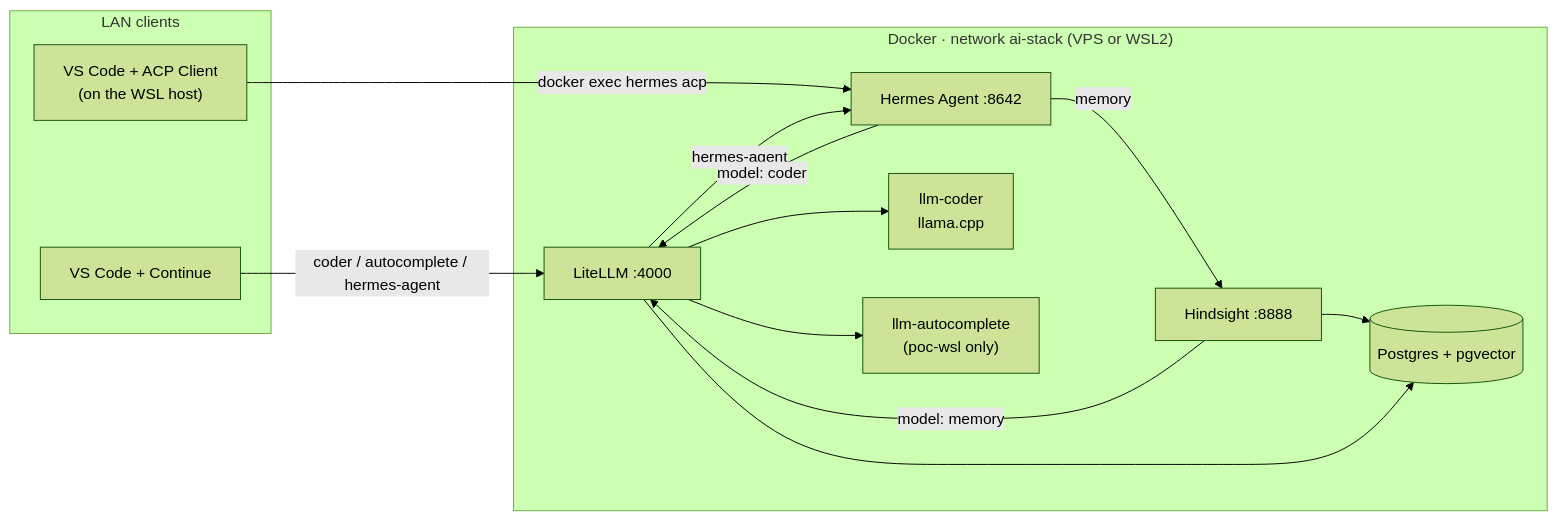
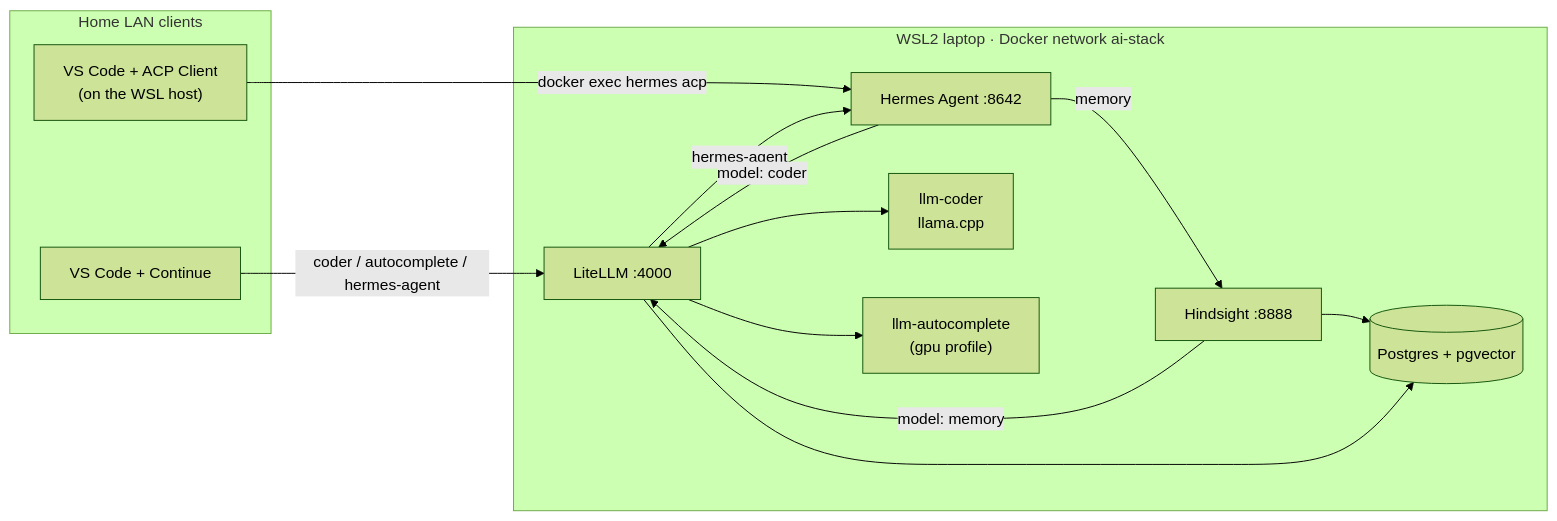
The diagram in README.md (wyhitomi/ai-stack), drawn with Mermaid (forest theme) before and after one commit. The commit also changed other lines of this file and 19 other files, not shown here.

First line of the commit message:
Single target: WSL2 laptop on the home LAN; drop all VPS configuration

````diff
--- a/README.md
+++ b/README.md
@@ -23,24 +22,24 @@
 ```mermaid
 flowchart LR
-  subgraph LAN["LAN clients"]
+  subgraph LAN["Home LAN clients"]
     VS["VS Code + Continue"]
     ACP["VS Code + ACP Client<br/>(on the WSL host)"]
   end
-  subgraph WSL["Docker · network ai-stack (VPS or WSL2)"]
+  subgraph WSL["WSL2 laptop · Docker network ai-stack"]
     LL["LiteLLM :4000"]
     HM["Hermes Agent :8642"]
     HS["Hindsight :8888"]
     C["llm-coder<br/>llama.cpp"]
-    A["llm-autocomplete<br/>(poc-wsl only)"]
+    A["llm-autocomplete<br/>(gpu profile)"]
     PG[("Postgres + pgvector")]
   end
   VS -- "coder / autocomplete / hermes-agent" --> LL
   ACP -- "docker exec hermes acp" --> HM
   LL -- "hermes-agent" --> HM
   HM -- "model: coder" --> LL
   LL --> C & A
   HM -- memory --> HS
   HS -- "model: memory" --> LL
   HS --> PG
   LL --> PG
 ```
````
